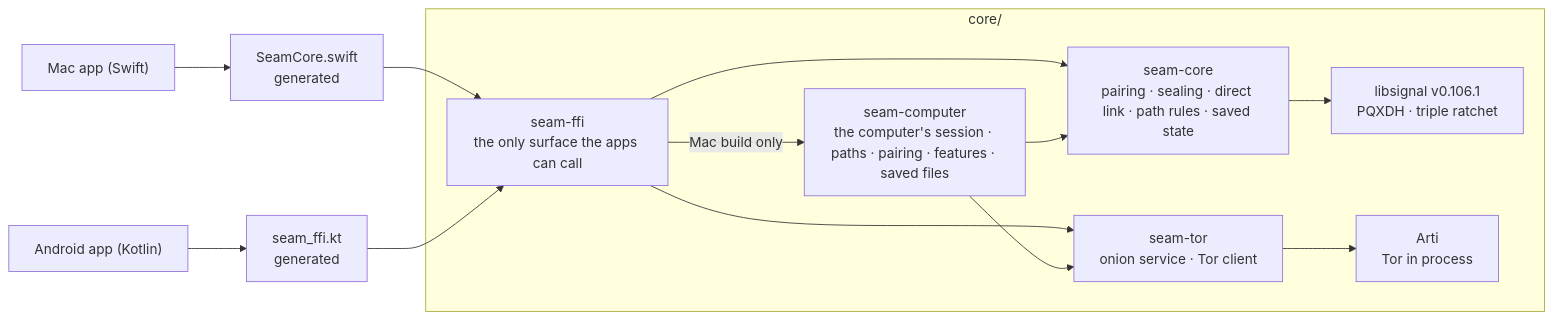
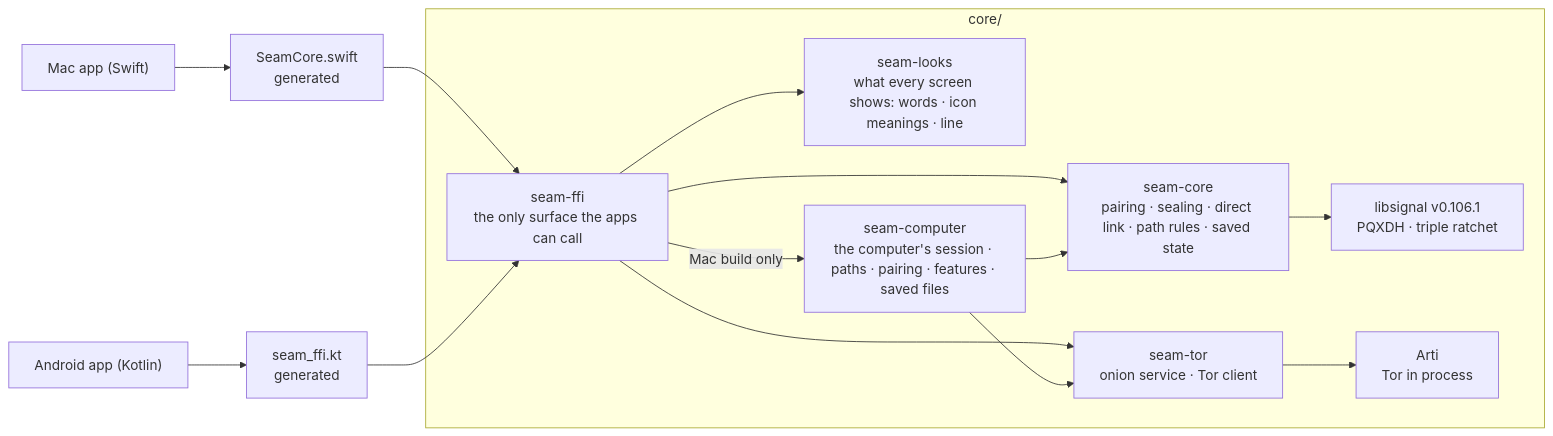
Before and after one commit to aveterosystems/seam: the first of 2 diagrams in core/README.md, drawn with Mermaid. The commit also changed other lines of this file and 41 other files, not shown here.

First line of the commit message:
Shared looks: what every screen shows, in one Rust crate; the Mac draws from it (#81)

````diff
--- a/core/README.md
+++ b/core/README.md
@@ -5,16 +5,17 @@
 ```mermaid
 flowchart LR
     Swift["Mac app (Swift)"] --> SB["SeamCore.swift<br/>generated"]
     Kotlin["Android app (Kotlin)"] --> KB["seam_ffi.kt<br/>generated"]
     SB --> FFI
     KB --> FFI
     subgraph core["core/"]
         FFI["seam-ffi<br/>the only surface the apps can call"] --> SC["seam-core<br/>pairing · sealing · direct link · path rules · saved state"]
         FFI --> ST["seam-tor<br/>onion service · Tor client"]
+        FFI --> LK["seam-looks<br/>what every screen shows: words · icon meanings · line"]
         FFI -- "Mac build only" --> CO["seam-computer<br/>the computer's session · paths · pairing · features · saved files"]
         CO --> SC
         CO --> ST
         SC --> LS["libsignal v0.106.1<br/>PQXDH · triple ratchet"]
         ST --> AR["Arti<br/>Tor in process"]
     end
 ```
````
